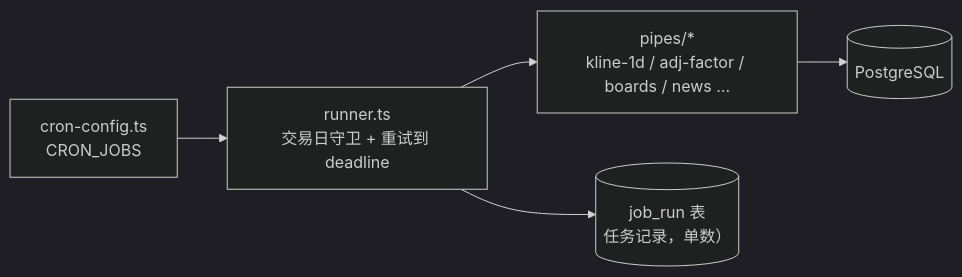
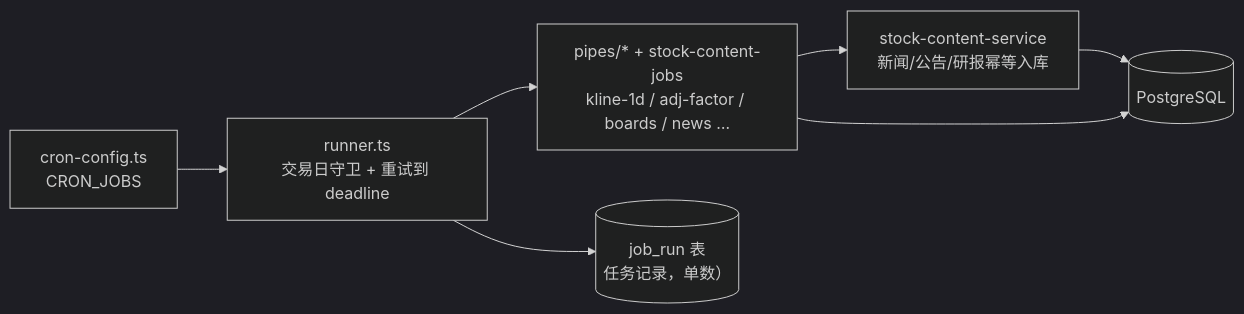
The third of 5 diagrams in docs/data-pipeline.md (fzdfy/ai-trader), drawn with Mermaid (dark theme) before and after one commit. The commit also changed other lines of this file and 96 other files, not shown here.

First line of the commit message:
feat: Add stock content ingestion for news, announcements, and research reports

````diff
--- a/docs/data-pipeline.md
+++ b/docs/data-pipeline.md
@@ -68,7 +68,9 @@
 ```mermaid
 flowchart LR
   CRON["cron-config.ts<br/>CRON_JOBS"] --> RUN["runner.ts<br/>交易日守卫 + 重试到 deadline"]
-  RUN --> P["pipes/*<br/>kline-1d / adj-factor / boards / news …"]
+  RUN --> P["pipes/* + stock-content-jobs<br/>kline-1d / adj-factor / boards / news …"]
+  P --> CS["stock-content-service<br/>新闻/公告/研报幂等入库"]
+  CS --> PG
   P --> PG[("PostgreSQL")]
   RUN --> JR[("job_run 表<br/>任务记录，单数）")]
 ```
````
